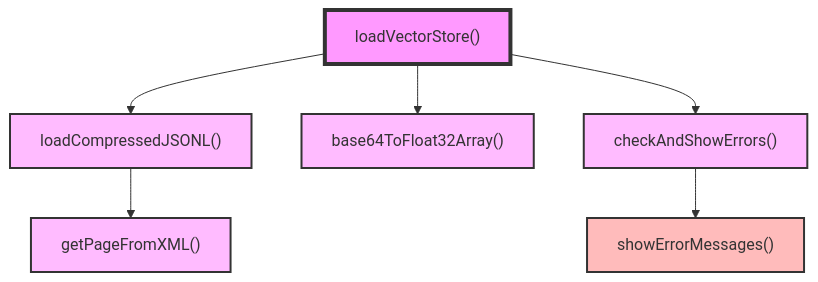
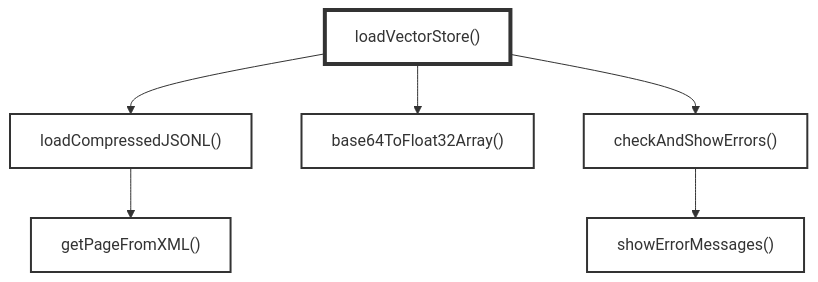
Before and after one commit to koteitan/googolbook-lm: the second of 3 diagrams in lib/js-functions.md, drawn with Mermaid. The commit also changed other lines of this file, not shown here.

````diff
--- a/lib/js-functions.md
+++ b/lib/js-functions.md
@@ -120,19 +134,19 @@
 ```mermaid
 graph TD
     loadVectorStore["loadVectorStore()"]
     
     loadVectorStore --> loadCompressedJSONL["loadCompressedJSONL()"]
     loadVectorStore --> base64ToFloat32Array["base64ToFloat32Array()"]
     loadVectorStore --> checkAndShowErrors["checkAndShowErrors()"]
     
     loadCompressedJSONL --> getPageFromXML["getPageFromXML()"]
     checkAndShowErrors --> showErrorMessages["showErrorMessages()"]
     
-    classDef entry fill:#f9f,stroke:#333,stroke-width:4px
-    classDef ui fill:#fbb,stroke:#333,stroke-width:2px
-    classDef data fill:#fbf,stroke:#333,stroke-width:2px
+    classDef entry fill:none,stroke:#333,stroke-width:4px
+    classDef ui fill:none,stroke:#333,stroke-width:2px
+    classDef data fill:none,stroke:#333,stroke-width:2px
     
     class loadVectorStore entry
     class showErrorMessages ui
     class loadCompressedJSONL,base64ToFloat32Array,getPageFromXML,checkAndShowErrors data
 ```
````
